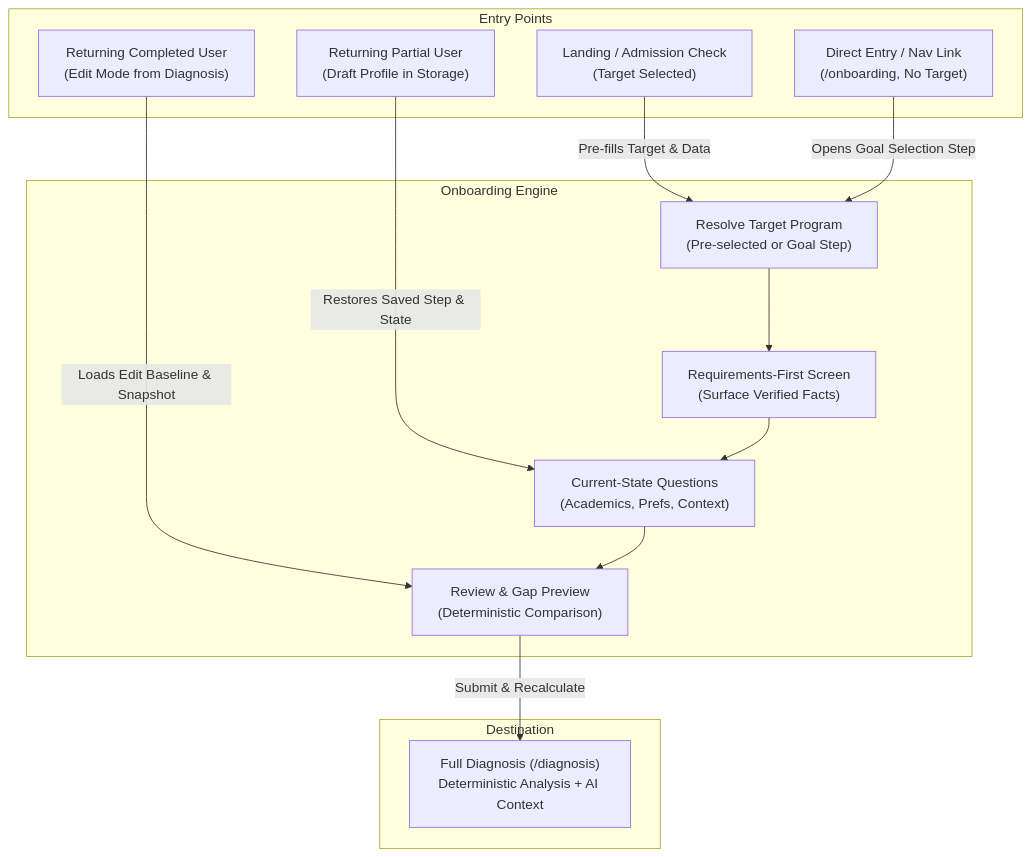
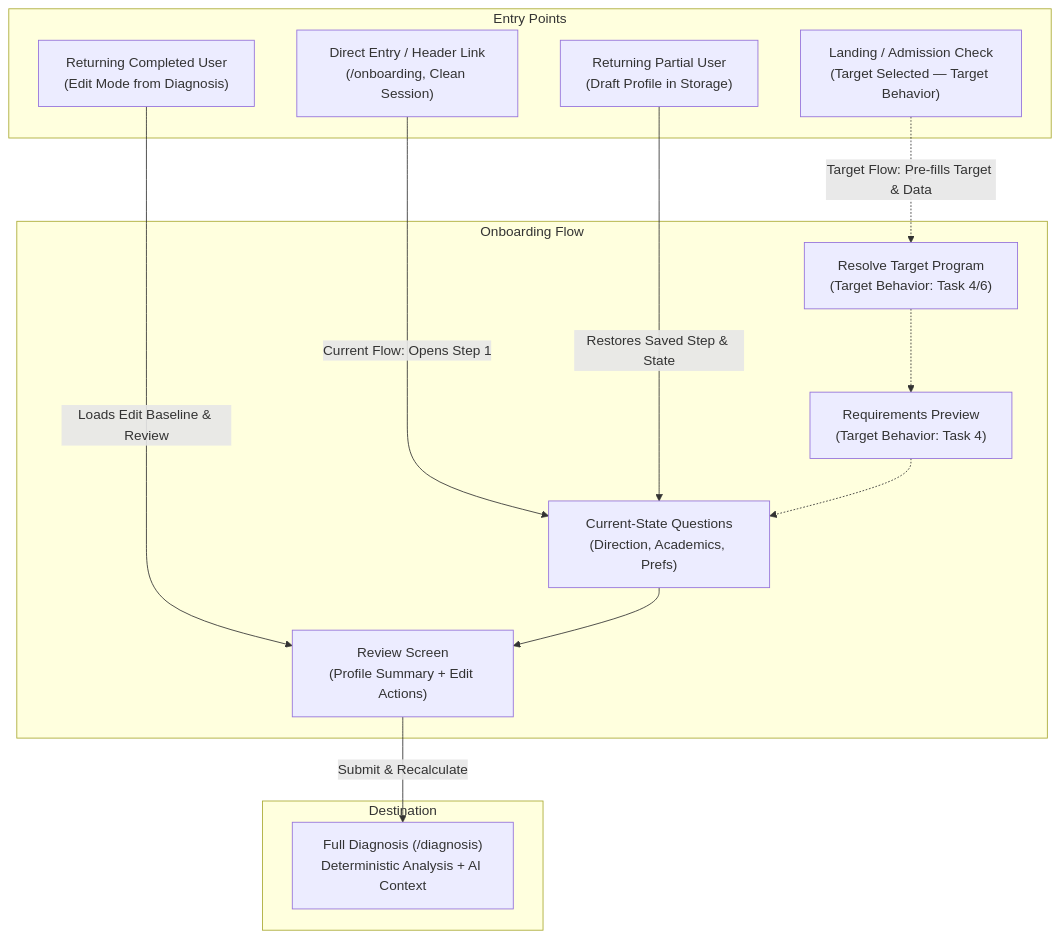
Before and after one commit to Fortech-edu/fortech-edu: the diagram in docs/ONBOARDING_SPEC.md, drawn with Mermaid. The commit also changed other lines of this file, not shown here.

Commit message:
docs: finalize onboarding spec audit against latest main and Master TZ

````diff
--- a/docs/ONBOARDING_SPEC.md
+++ b/docs/ONBOARDING_SPEC.md
@@ -103,30 +120,30 @@
 ```mermaid
 flowchart TD
     subgraph Entry Points
-        A["Landing / Admission Check<br/>(Target Selected)"]
-        B["Direct Entry / Nav Link<br/>(/onboarding, No Target)"]
+        A["Landing / Admission Check<br/>(Target Selected — Target Behavior)"]
+        B["Direct Entry / Header Link<br/>(/onboarding, Clean Session)"]
         C["Returning Partial User<br/>(Draft Profile in Storage)"]
         D["Returning Completed User<br/>(Edit Mode from Diagnosis)"]
     end
 
-    subgraph Onboarding Engine
-        E["Resolve Target Program<br/>(Pre-selected or Goal Step)"]
-        F["Requirements-First Screen<br/>(Surface Verified Facts)"]
-        G["Current-State Questions<br/>(Academics, Prefs, Context)"]
-        H["Review & Gap Preview<br/>(Deterministic Comparison)"]
+    subgraph Onboarding Flow
+        E["Resolve Target Program<br/>(Target Behavior: Task 4/6)"]
+        F["Requirements Preview<br/>(Target Behavior: Task 4)"]
+        G["Current-State Questions<br/>(Direction, Academics, Prefs)"]
+        H["Review Screen<br/>(Profile Summary + Edit Actions)"]
     end
 
     subgraph Destination
         I["Full Diagnosis (/diagnosis)<br/>Deterministic Analysis + AI Context"]
     end
 
-    A -->|"Pre-fills Target & Data"| E
-    B -->|"Opens Goal Selection Step"| E
+    A -.->|"Target Flow: Pre-fills Target & Data"| E
+    B -->|"Current Flow: Opens Step 1"| G
     C -->|"Restores Saved Step & State"| G
-    D -->|"Loads Edit Baseline & Snapshot"| H
+    D -->|"Loads Edit Baseline & Review"| H
 
-    E --> F
-    F --> G
+    E -.-> F
+    F -.-> G
     G --> H
     H -->|"Submit & Recalculate"| I
 ```
````
